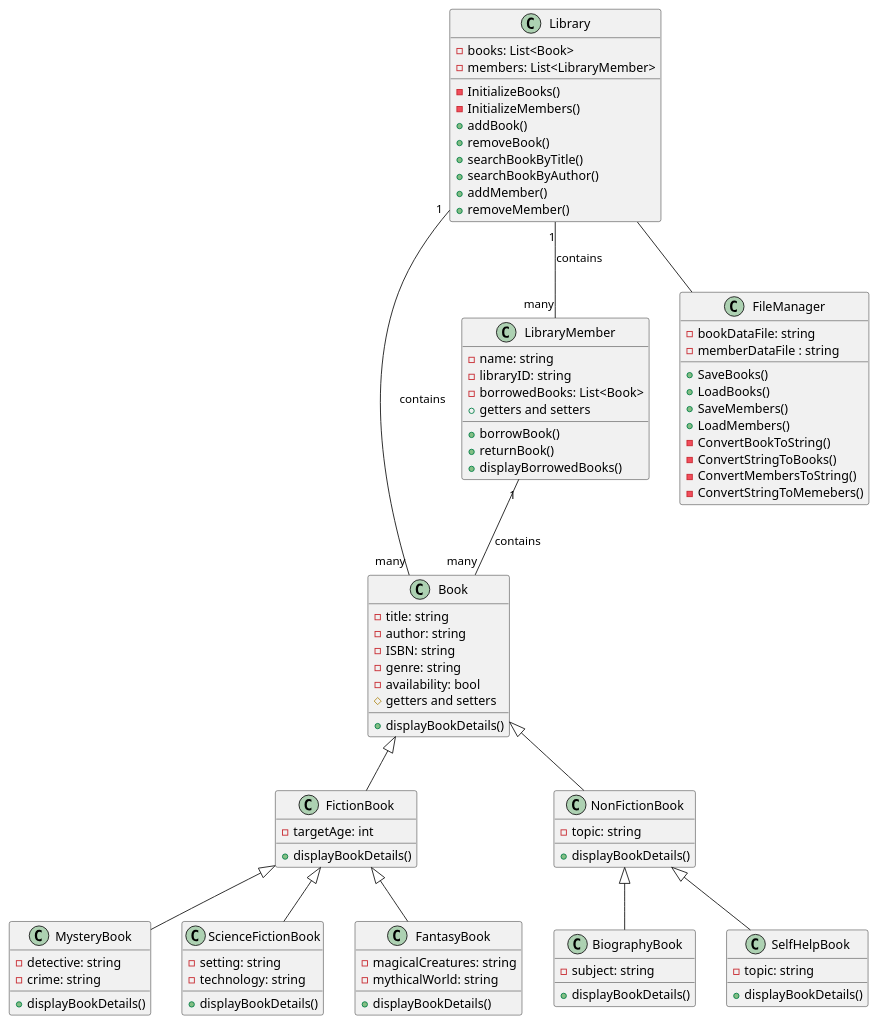
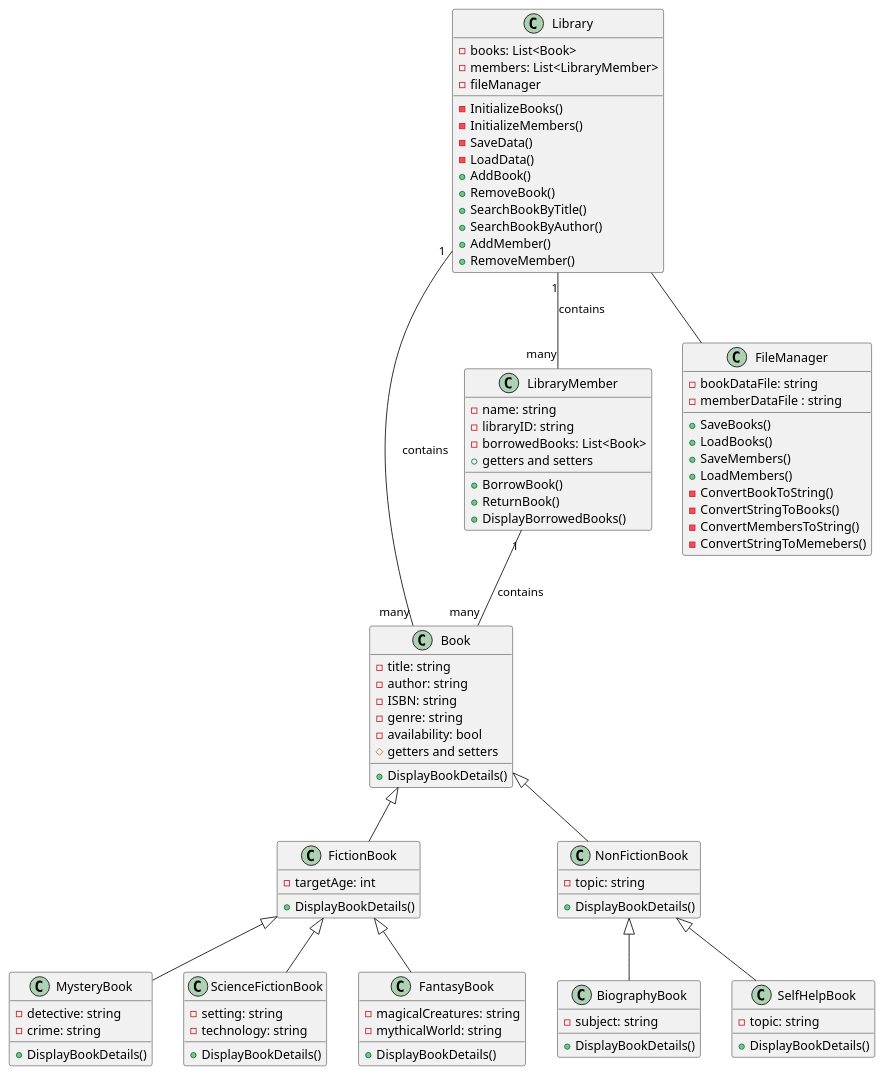
The diagram in final/FinalProject/finaldiagram.wsd (Kasmodan1/cse210), drawn with PlantUML before and after one commit.

Commit message:
fixed some naming issues

```diff
--- a/final/FinalProject/finaldiagram.wsd
+++ b/final/FinalProject/finaldiagram.wsd
@@ -1,100 +1,103 @@
 @startuml Library System
 
 Book <|-- FictionBook
 Book <|-- NonFictionBook
 FictionBook <|-- MysteryBook
 FictionBook <|-- ScienceFictionBook
 FictionBook <|-- FantasyBook
 NonFictionBook <|-- BiographyBook
 NonFictionBook <|-- SelfHelpBook
 LibraryMember "1" -- "many" Book :contains
 Library "1" -- "many" Book :contains
 Library "1" -- "many" LibraryMember :contains
 Library -- FileManager
 
 class Library {
   - books: List<Book>
   - members: List<LibraryMember>
+  - fileManager
   - InitializeBooks()
   - InitializeMembers()
-  + addBook()
-  + removeBook()
-  + searchBookByTitle()
-  + searchBookByAuthor()
-  + addMember()
-  + removeMember()
+  - SaveData()
+  - LoadData()
+  + AddBook()
+  + RemoveBook()
+  + SearchBookByTitle()
+  + SearchBookByAuthor()
+  + AddMember()
+  + RemoveMember()
 }
 
 class FileManager {
   - bookDataFile: string
   - memberDataFile : string
   + SaveBooks()
   + LoadBooks()
   + SaveMembers()
   + LoadMembers()
   - ConvertBookToString()
   - ConvertStringToBooks()
   - ConvertMembersToString()
   - ConvertStringToMemebers()
 }
 
 class LibraryMember {
   - name: string
   - libraryID: string
   - borrowedBooks: List<Book>
   + getters and setters
-  + borrowBook()
-  + returnBook()
-  + displayBorrowedBooks()
+  + BorrowBook()
+  + ReturnBook()
+  + DisplayBorrowedBooks()
 }
 
 class Book {
   - title: string
   - author: string
   - ISBN: string
   - genre: string
   - availability: bool
   # getters and setters
-  + displayBookDetails()
+  + DisplayBookDetails()
 }
 
 class FictionBook {
   - targetAge: int
-  + displayBookDetails()
+  + DisplayBookDetails()
 }
 
 class NonFictionBook {
   - topic: string
-  + displayBookDetails()
+  + DisplayBookDetails()
 }
 
 class MysteryBook {
   - detective: string
   - crime: string
-  + displayBookDetails()
+  + DisplayBookDetails()
 }
 
 class ScienceFictionBook {
   - setting: string
   - technology: string
-  + displayBookDetails()
+  + DisplayBookDetails()
 }
 
 class FantasyBook {
   - magicalCreatures: string
   - mythicalWorld: string
-  + displayBookDetails()
+  + DisplayBookDetails()
 }
 
 class BiographyBook {
   - subject: string
-  + displayBookDetails()
+  + DisplayBookDetails()
 }
 
 class SelfHelpBook {
   - topic: string
-  + displayBookDetails()
+  + DisplayBookDetails()
 }
 
 
 @enduml
```
